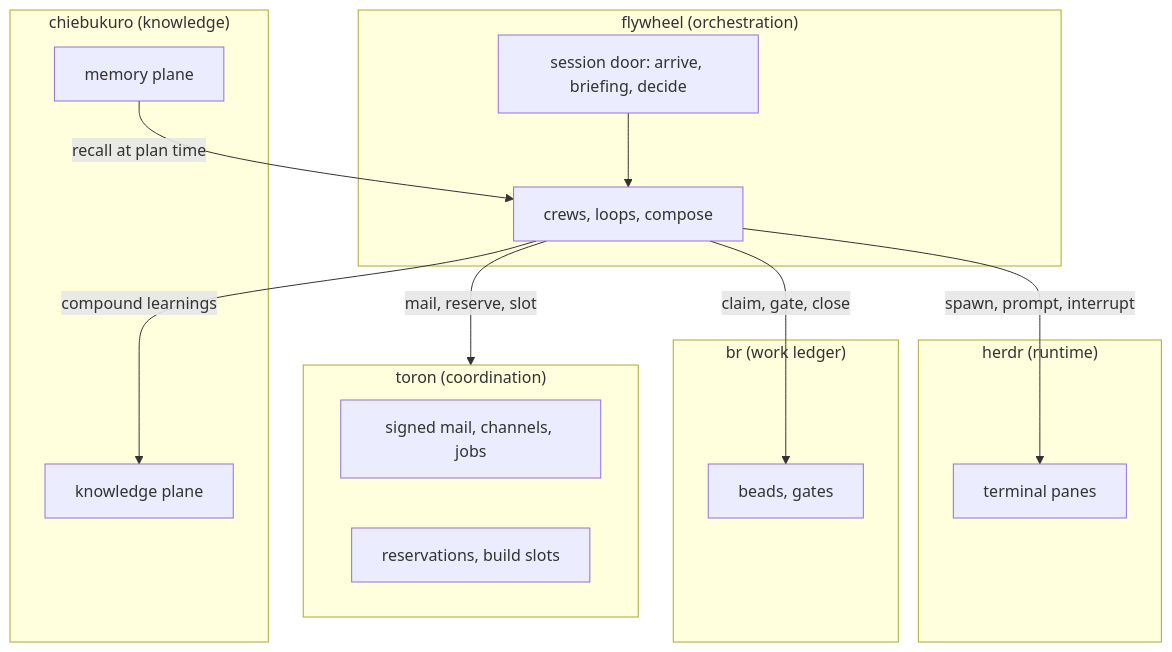
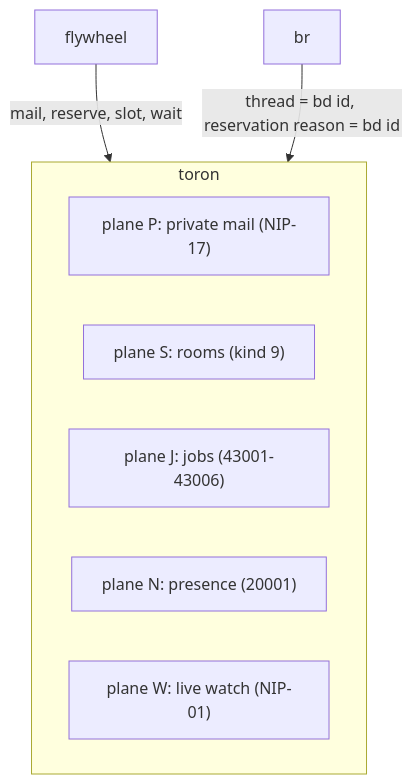
One commit to bangedorrunt/toron changed the diagram in docs/guides/index.mdx. Above: the diagram before and after it, drawn with Mermaid. The commit also changed other lines of this file and 35 other files, not shown here.

Commit message:
docs: keep only the toron guide set; flywheel/beads/chiebukuro sets moved to their home repos (bd-wpqz; examples cite toron bd-z2d0)

````diff
--- a/docs/guides/index.mdx
+++ b/docs/guides/index.mdx
@@ -19,27 +10,12 @@
 ```mermaid
 flowchart TB
-    subgraph H["herdr (runtime)"]
-        P["terminal panes"]
+    subgraph T["toron"]
+        P["plane P: private mail (NIP-17)"]
+        S["plane S: rooms (kind 9)"]
+        J["plane J: jobs (43001-43006)"]
+        N["plane N: presence (20001)"]
+        W["plane W: live watch (NIP-01)"]
     end
-    subgraph F["flywheel (orchestration)"]
-        D["session door: arrive, briefing, decide"]
-        C["crews, loops, compose"]
-    end
-    subgraph T["toron (coordination)"]
-        M["signed mail, channels, jobs"]
-        R["reservations, build slots"]
-    end
-    subgraph B["br (work ledger)"]
-        BD["beads, gates"]
-    end
-    subgraph K["chiebukuro (knowledge)"]
-        W["knowledge plane"]
-        E["memory plane"]
-    end
-    D --> C
-    C -->|"spawn, prompt, interrupt"| P
-    C -->|"claim, gate, close"| BD
-    C -->|"mail, reserve, slot"| T
-    C -->|"compound learnings"| W
-    E -->|"recall at plan time"| C
+    F["flywheel"] -->|"mail, reserve, slot, wait"| T
+    B["br"] -->|"thread = bd id, reservation reason = bd id"| T
 ```
````
